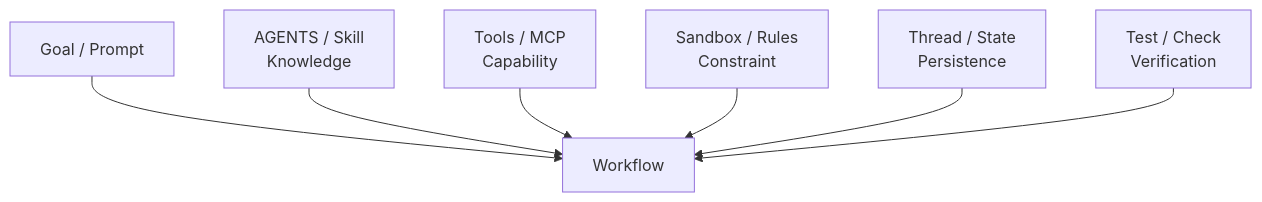
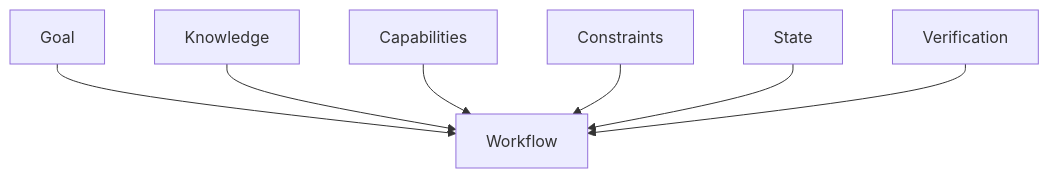
Before and after one commit to indigofeather/harness-book: the tenth of 10 diagrams in docs/applications/workflows.md, drawn with Mermaid. The commit also changed other lines of this file and 48 other files, not shown here.

````diff
--- a/docs/applications/workflows.md
+++ b/docs/applications/workflows.md
@@ -319,16 +210,16 @@
 ```mermaid
 flowchart TB
-  GOAL[Goal / Prompt]
-  KNOW[AGENTS / Skill\nKnowledge]
-  CAP[Tools / MCP\nCapability]
-  SAFE[Sandbox / Rules\nConstraint]
-  STATE[Thread / State\nPersistence]
-  VER[Test / Check\nVerification]
+  GOAL[Goal]
+  KNOW[Knowledge]
+  CAP[Capabilities]
+  SAFE[Constraints]
+  STATE[State]
+  VER[Verification]
 
   GOAL --> W[Workflow]
   KNOW --> W
   CAP --> W
   SAFE --> W
   STATE --> W
   VER --> W
 ```
````
